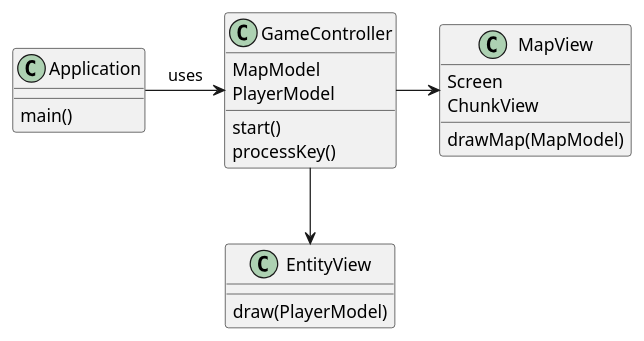
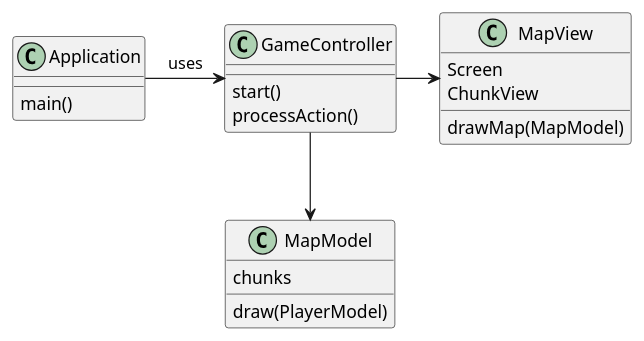
Before and after one commit to rafaelribeiro1510/ASCIIValley: the diagram in docs/umls/mvc.iuml, drawn with PlantUML. The commit also changed 3 other files, not shown here.

```diff
--- a/docs/umls/mvc.iuml
+++ b/docs/umls/mvc.iuml
@@ -1,22 +1,21 @@
 @startuml
 class Application{
   main()
 }
 class GameController{
-  MapModel
-  PlayerModel
   start()
-  processKey()
+  processAction()
 }
 class MapView{
   Screen
   ChunkView
   drawMap(MapModel)
 }
-class EntityView{
+class MapModel{
+  chunks
   draw(PlayerModel)
 }
 Application -> GameController : uses
 GameController -> MapView
-GameController --> EntityView
+GameController --> MapModel
 @enduml
```
